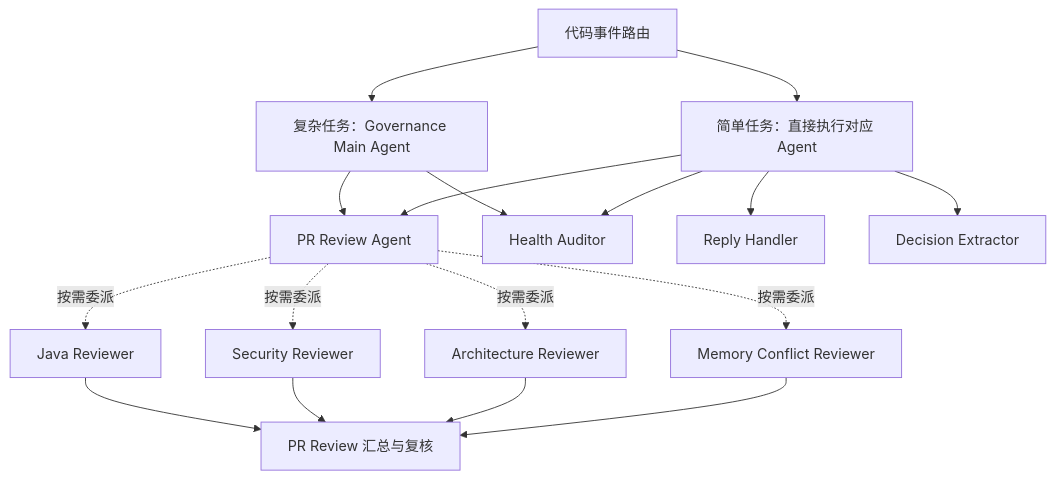
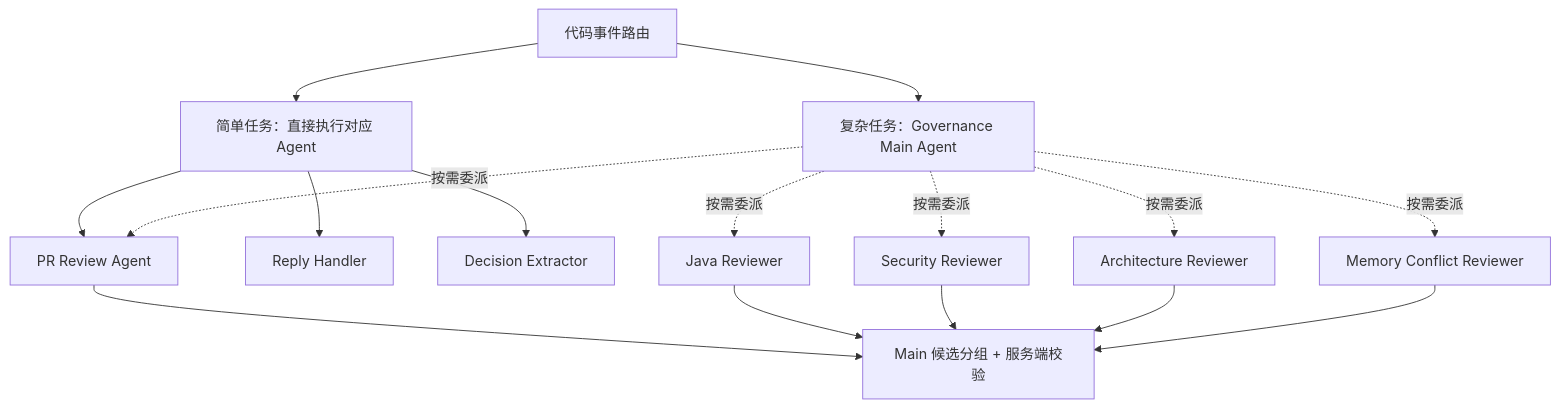
One commit to M2tHane/pi-repository-governance-agent changed the second of 2 diagrams in docs/architecture.md. Above: the diagram before and after it, drawn with Mermaid. The commit also changed other lines of this file and 38 other files, not shown here.

First line of the commit message:
feat: add M2 replies and selective multi-agent review

````diff
--- a/docs/architecture.md
+++ b/docs/architecture.md
@@ -86,19 +88,18 @@
 ```mermaid
 flowchart TD
     R[代码事件路由] --> D[简单任务：直接执行对应 Agent]
     R --> M[复杂任务：Governance Main Agent]
-    M --> P[PR Review Agent]
-    M --> H[Health Auditor]
-    D --> P
+    D --> P[PR Review Agent]
     D --> Q[Reply Handler]
     D --> E[Decision Extractor]
-    D --> H
-    P -. 按需委派 .-> J[Java Reviewer]
-    P -. 按需委派 .-> S[Security Reviewer]
-    P -. 按需委派 .-> A[Architecture Reviewer]
-    P -. 按需委派 .-> K[Memory Conflict Reviewer]
-    J --> G[PR Review 汇总与复核]
+    M -. 按需委派 .-> P
+    M -. 按需委派 .-> J[Java Reviewer]
+    M -. 按需委派 .-> S[Security Reviewer]
+    M -. 按需委派 .-> A[Architecture Reviewer]
+    M -. 按需委派 .-> K[Memory Conflict Reviewer]
+    P --> G[Main 候选分组 + 服务端校验]
+    J --> G
     S --> G
     A --> G
     K --> G
 ```
````
